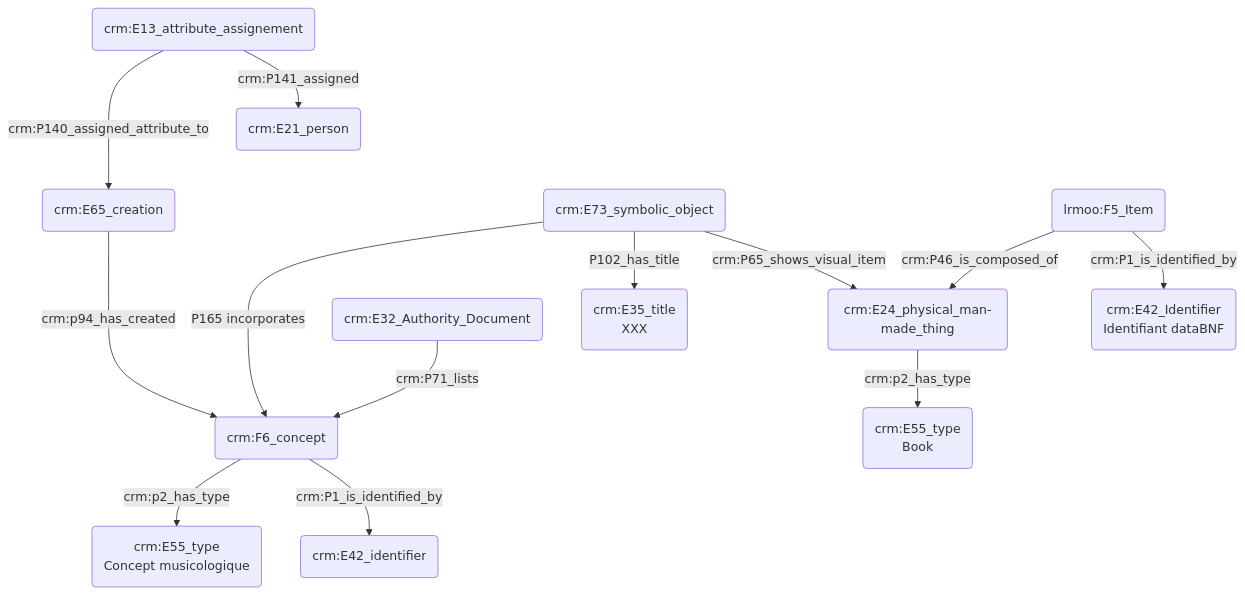
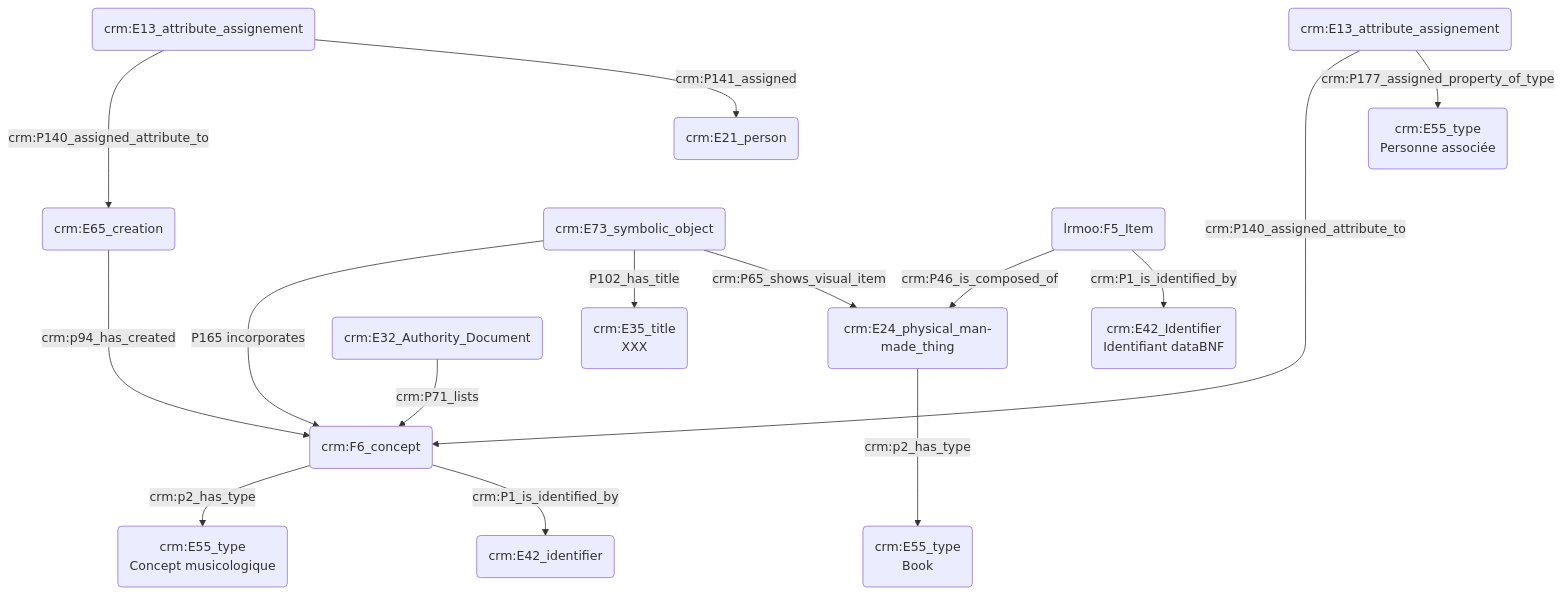
One commit to Amleth/consortium-musica2-gt2-ontologies changed the diagram in modules/indexation_conceptuelle/index.md. Above: the diagram before and after it, drawn with Mermaid.

````diff
--- a/modules/indexation_conceptuelle/index.md
+++ b/modules/indexation_conceptuelle/index.md
@@ -3,22 +3,27 @@
 ```mermaid
 graph TD;
 
 B(crm:F6_concept) --> |crm:p2_has_type| C(crm:E55_type<br>Concept musicologique)
 E(crm:E65_creation) --->|crm:p94_has_created| B(crm:F6_concept)
 
 J(crm:E73_symbolic_object) --->|P165 incorporates| B(crm:F6_concept)
 J(crm:E73_symbolic_object) --> |P102_has_title| D(crm:E35_title<br>XXX)
 J(crm:E73_symbolic_object) --> |crm:P65_shows_visual_item| K(crm:E24_physical_man-made_thing)
 A(lrmoo:F5_Item) --> |crm:P46_is_composed_of| K(crm:E24_physical_man-made_thing)
 
 B(crm:F6_concept) -->|crm:P1_is_identified_by| I(crm:E42_identifier)
 H(crm:E32_Authority_Document)  --> |crm:P71_lists| B(crm:F6_concept)
 
 F(crm:E13_attribute_assignement) ---> |crm:P140_assigned_attribute_to| E(crm:E65_creation)
 F(crm:E13_attribute_assignement) --> |crm:P141_assigned| G(crm:E21_person)
 
 
 A(lrmoo:F5_Item) --> |crm:P1_is_identified_by| L(crm:E42_Identifier<br>Identifiant dataBNF)
-K(crm:E24_physical_man-made_thing) --> |crm:p2_has_type| M(crm:E55_type<br>Book)
+K(crm:E24_physical_man-made_thing) ---> |crm:p2_has_type| M(crm:E55_type<br>Book)
+
+
+N(crm:E13_attribute_assignement) -----> |crm:P140_assigned_attribute_to| B(crm:F6_concept)
+N(crm:E13_attribute_assignement) -->|crm:P177_assigned_property_of_type| O(crm:E55_type<br>Personne associée)
+
 
 ```
````
